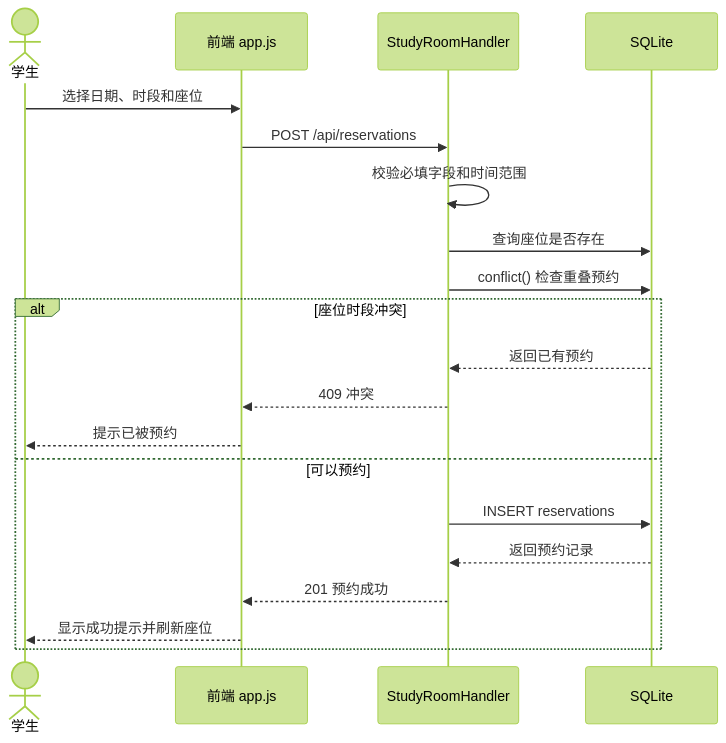
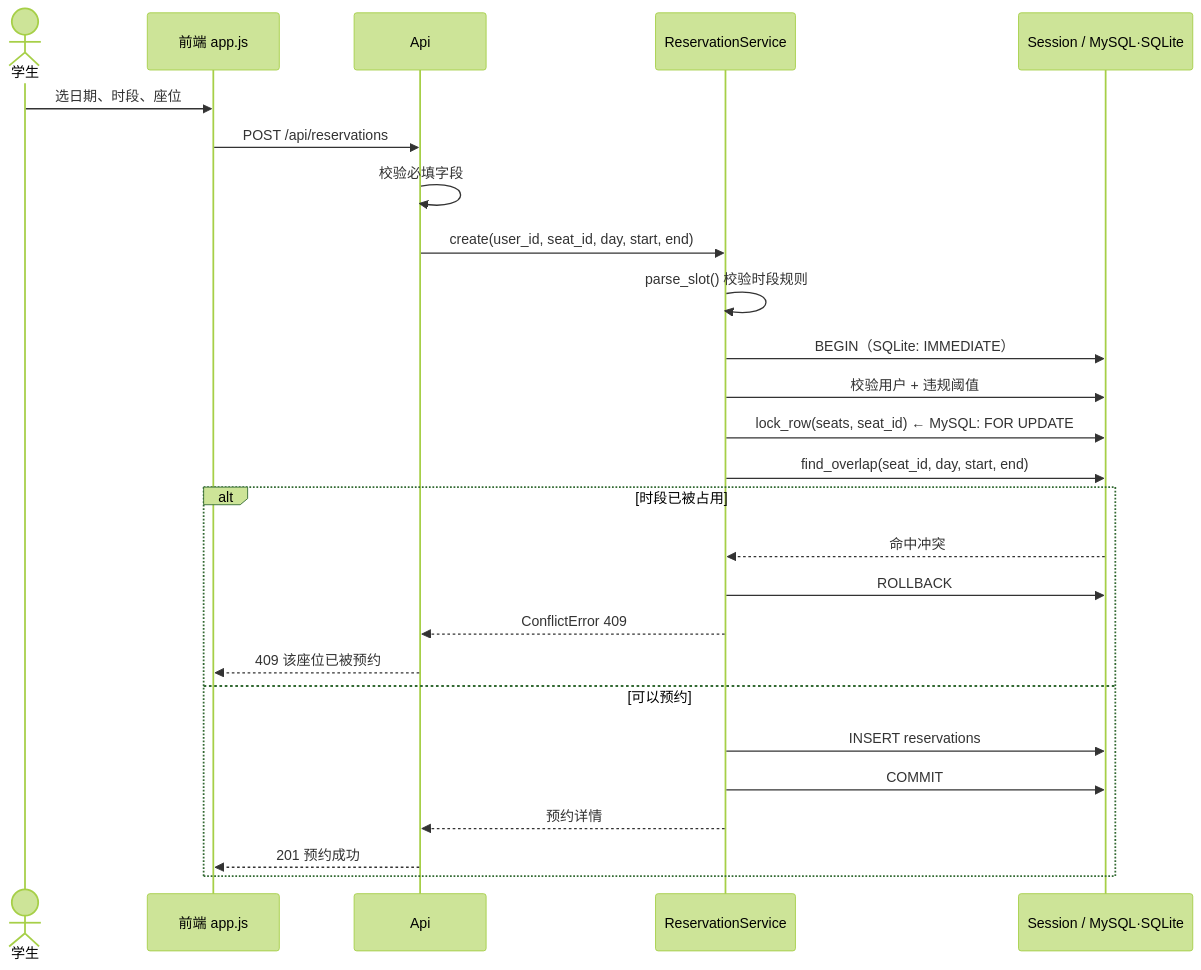
The fourth of 7 diagrams in docs/系统设计/当前代码设计图稿.md (Type81-1/campus-ai-study-room), drawn with Mermaid (forest theme) before and after one commit. The commit also changed other lines of this file and 4 other files, not shown here.

First line of the commit message:
文档：更新 README 与设计图稿以对齐分层实现

````diff
--- a/docs/系统设计/当前代码设计图稿.md
+++ b/docs/系统设计/当前代码设计图稿.md
@@ -128,22 +261,29 @@
 ```mermaid
 sequenceDiagram
     actor Student as 学生
-    participant Frontend as 前端 app.js
-    participant API as StudyRoomHandler
-    participant DB as SQLite
-    Student->>Frontend: 选择日期、时段和座位
-    Frontend->>API: POST /api/reservations
-    API->>API: 校验必填字段和时间范围
-    API->>DB: 查询座位是否存在
-    API->>DB: conflict() 检查重叠预约
-    alt 座位时段冲突
-        DB-->>API: 返回已有预约
-        API-->>Frontend: 409 冲突
-        Frontend-->>Student: 提示已被预约
+    participant FE as 前端 app.js
+    participant API as Api
+    participant SVC as ReservationService
+    participant DB as Session / MySQL·SQLite
+
+    Student->>FE: 选日期、时段、座位
+    FE->>API: POST /api/reservations
+    API->>API: 校验必填字段
+    API->>SVC: create(user_id, seat_id, day, start, end)
+    SVC->>SVC: parse_slot() 校验时段规则
+    SVC->>DB: BEGIN（SQLite: IMMEDIATE）
+    SVC->>DB: 校验用户 + 违规阈值
+    SVC->>DB: lock_row(seats, seat_id)  ← MySQL: FOR UPDATE
+    SVC->>DB: find_overlap(seat_id, day, start, end)
+    alt 时段已被占用
+        DB-->>SVC: 命中冲突
+        SVC->>DB: ROLLBACK
+        SVC-->>API: ConflictError 409
+        API-->>FE: 409 该座位已被预约
     else 可以预约
-        API->>DB: INSERT reservations
-        DB-->>API: 返回预约记录
-        API-->>Frontend: 201 预约成功
-        Frontend-->>Student: 显示成功提示并刷新座位
+        SVC->>DB: INSERT reservations
+        SVC->>DB: COMMIT
+        SVC-->>API: 预约详情
+        API-->>FE: 201 预约成功
     end
 ```
````
